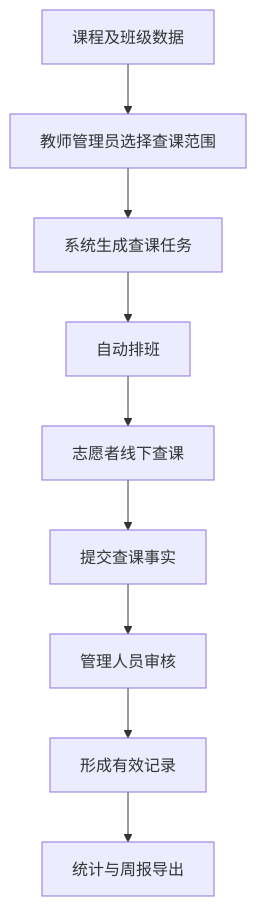
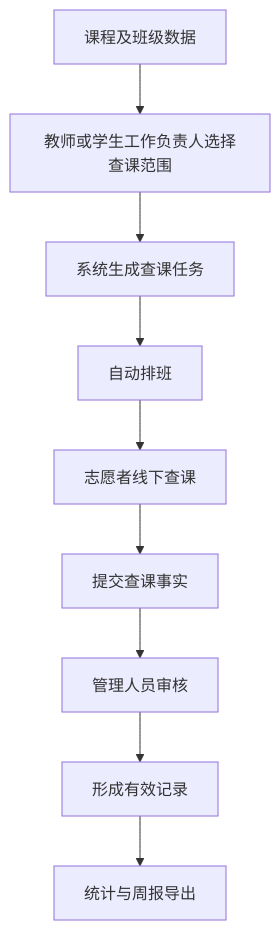
The first of 4 diagrams in 查课管理系统V1.0建设说明.md (Ouroboros-ga/CourseManagement), drawn with Mermaid before and after one commit. The commit also changed other lines of this file and 150 other files, not shown here.

````diff
--- a/查课管理系统V1.0建设说明.md
+++ b/查课管理系统V1.0建设说明.md
@@ -22,11 +24,11 @@
 ```mermaid
 flowchart TD
-    A[课程及班级数据] --> B[教师管理员选择查课范围]
+    A[课程及班级数据] --> B[教师或学生工作负责人选择查课范围]
     B --> C[系统生成查课任务]
     C --> D[自动排班]
     D --> E[志愿者线下查课]
     E --> F[提交查课事实]
     F --> G[管理人员审核]
     G --> H[形成有效记录]
     H --> I[统计与周报导出]
 ```
````
